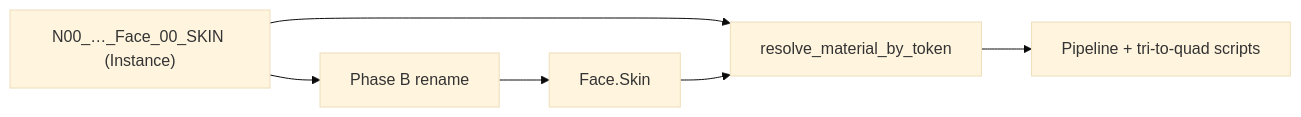
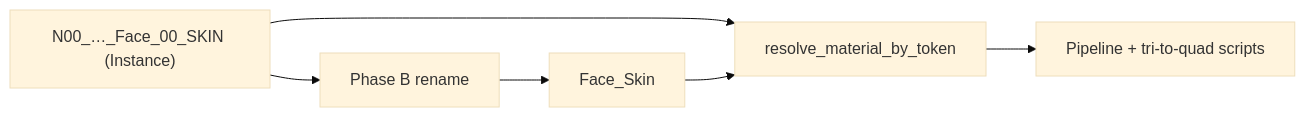
The seventh of 8 diagrams in skills/README.md (miramocha/blender-skills-and-rules), drawn with Mermaid (base theme) before and after one commit. The commit also changed other lines of this file and 16 other files, not shown here.

````diff
--- a/skills/README.md
+++ b/skills/README.md
@@ -225,12 +225,12 @@
 ```mermaid
 flowchart LR
   src["N00_…_Face_00_SKIN (Instance)"]
   phaseB[Phase B rename]
-  workflow[Face.Skin]
+  workflow[Face_Skin]
   resolve[resolve_material_by_token]
   scripts[Pipeline + tri-to-quad scripts]
 
   src --> phaseB --> workflow
   src --> resolve
   workflow --> resolve --> scripts
 ```
````
